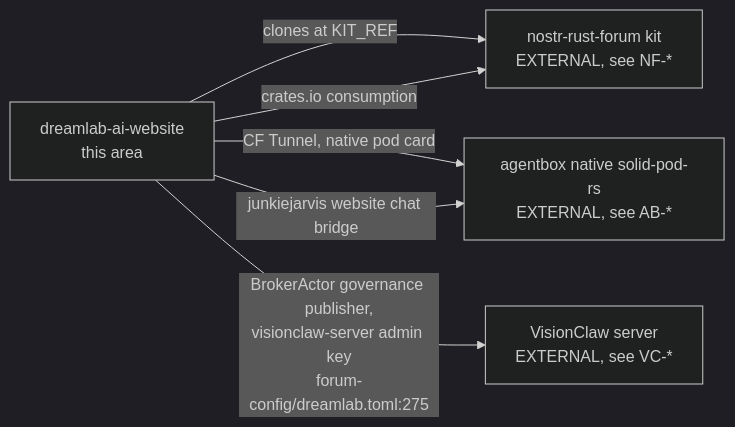
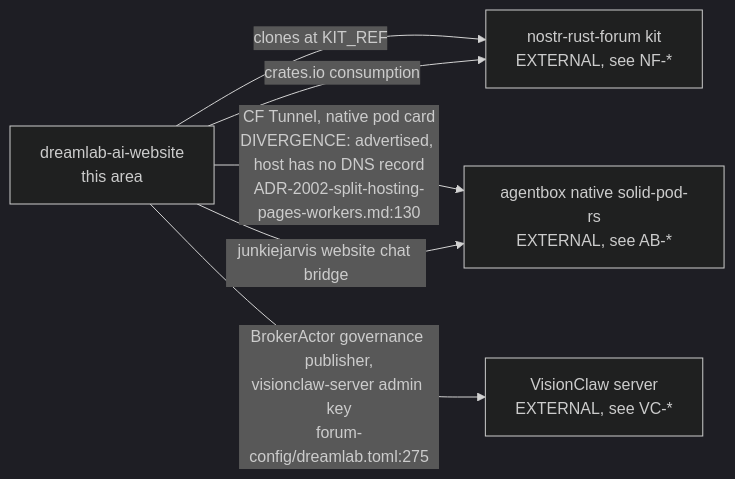
One commit to DreamLab-AI/VisionFlow changed the seventh of 7 diagrams in docs/diagrams/dreamlab-ai-website/01-repo-composition-and-deploy-topology.md. Above: the diagram before and after it, drawn with Mermaid (dark theme). The commit also changed other lines of this file and 6 other files, not shown here.

First line of the commit message:
docs(diagrams): re-verify dreamlab-ai-website DW-01..06, DW-10 against 567bed6

````diff
--- a/docs/diagrams/dreamlab-ai-website/01-repo-composition-and-deploy-topology.md
+++ b/docs/diagrams/dreamlab-ai-website/01-repo-composition-and-deploy-topology.md
@@ -125,8 +135,8 @@
 ```mermaid
 flowchart LR
     DW["dreamlab-ai-website<br/>this area"] -->|"clones at KIT_REF"| NF["nostr-rust-forum kit<br/>EXTERNAL, see NF-*"]
     DW -->|"crates.io consumption"| NF
-    DW -->|"CF Tunnel, native pod card"| AB["agentbox native solid-pod-rs<br/>EXTERNAL, see AB-*"]
+    DW -->|"CF Tunnel, native pod card<br/>DIVERGENCE: advertised, host has no DNS record<br/>ADR-2002-split-hosting-pages-workers.md:130"| AB["agentbox native solid-pod-rs<br/>EXTERNAL, see AB-*"]
     DW -->|"BrokerActor governance publisher,<br/>visionclaw-server admin key<br/>forum-config/dreamlab.toml:275"| VC["VisionClaw server<br/>EXTERNAL, see VC-*"]
     DW -->|"junkiejarvis website chat bridge"| AB
 ```
````
